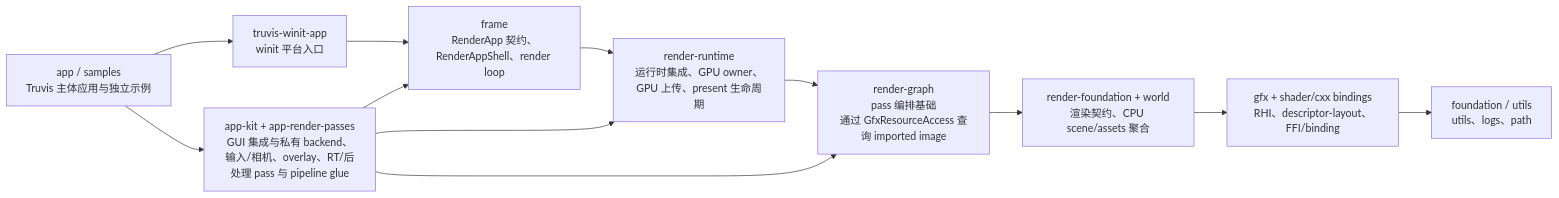
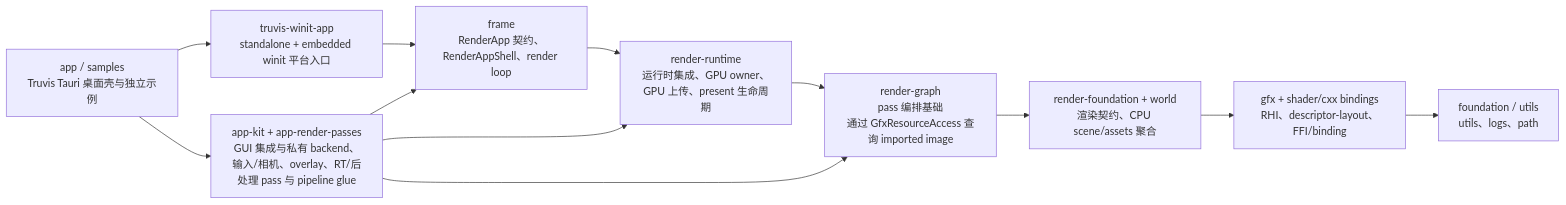
The second of 2 diagrams in docs/summaries/layering-and-dependency-boundaries.md (acccoco/TruvisRenderer), drawn with Mermaid before and after one commit. The commit also changed other lines of this file and 39 other files, not shown here.

````diff
--- a/docs/summaries/layering-and-dependency-boundaries.md
+++ b/docs/summaries/layering-and-dependency-boundaries.md
@@ -36,16 +36,16 @@
 ```mermaid
 flowchart LR
     Foundation["foundation / utils<br/>utils、logs、path"]
     Gfx["gfx + shader/cxx bindings<br/>RHI、descriptor-layout、FFI/binding"]
     Core["render-foundation + world<br/>渲染契约、CPU scene/assets 聚合"]
     RenderDomain["render-graph<br/>pass 编排基础<br/>通过 GfxResourceAccess 查询 imported image"]
     Runtime["render-runtime<br/>运行时集成、GPU owner、GPU 上传、present 生命周期"]
     Frame["frame<br/>RenderApp 契约、RenderAppShell、render loop"]
     AppKit["app-kit + app-render-passes<br/>GUI 集成与私有 backend、输入/相机、overlay、RT/后处理 pass 与 pipeline glue"]
-    App["app / samples<br/>Truvis 主体应用与独立示例"]
-    Platform["truvis-winit-app<br/>winit 平台入口"]
+    App["app / samples<br/>Truvis Tauri 桌面壳与独立示例"]
+    Platform["truvis-winit-app<br/>standalone + embedded winit 平台入口"]
     App --> Platform --> Frame --> Runtime --> RenderDomain --> Core --> Gfx --> Foundation
     App --> AppKit --> Frame
     AppKit --> Runtime
     AppKit --> RenderDomain
 ```
````
